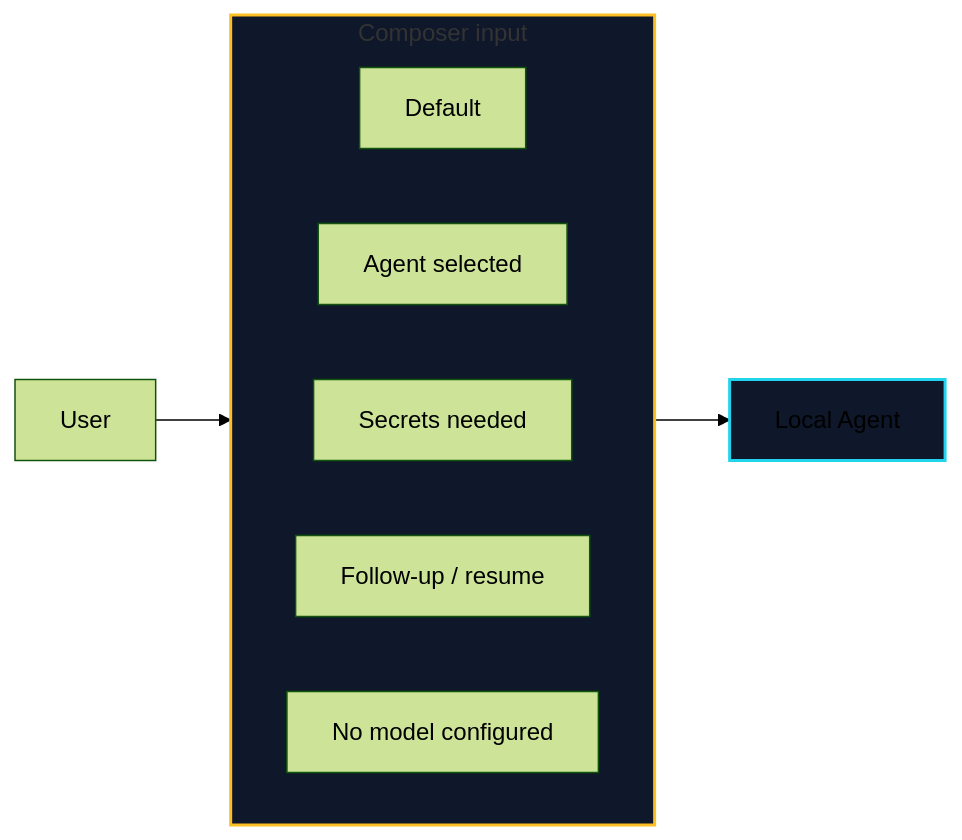
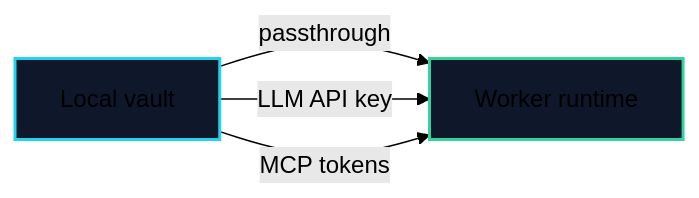
One commit to AdrianTuci1/goble changed the second of 3 diagrams in docs/local-remote-agent-graph.md. Above: the diagram before and after it, drawn with Mermaid (forest theme). The commit also changed other lines of this file, not shown here.

Commit message:
docs: shorten local-remote graph, UI is part of goble-core, credential passthrough

````diff
--- a/docs/local-remote-agent-graph.md
+++ b/docs/local-remote-agent-graph.md
@@ -232,17 +104,9 @@
 ```mermaid
 flowchart LR
-    subgraph COMPOSER["Composer input"]
-        direction LR
-        C1["Default"]
-        C2["Agent selected"]
-        C3["Secrets needed"]
-        C4["Follow-up / resume"]
-        C5["No model configured"]
-    end
+    L["Local vault"] --"passthrough"--> W["Worker runtime"]
+    L --"LLM API key"--> W
+    L --"MCP tokens"--> W
 
-    U["User"] --> COMPOSER
-    COMPOSER --> L["Local Agent"]
-
-    style COMPOSER fill:#0f172a,stroke:#fbbf24,stroke-width:2px
     style L fill:#0f172a,stroke:#22d3ee,stroke-width:2px
+    style W fill:#0f172a,stroke:#34d399,stroke-width:2px
 ```
````
